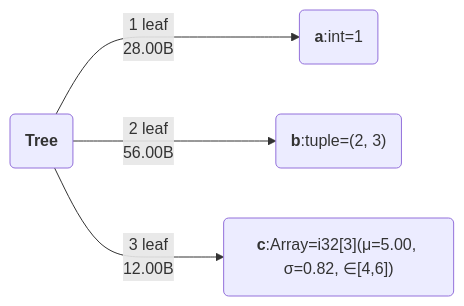
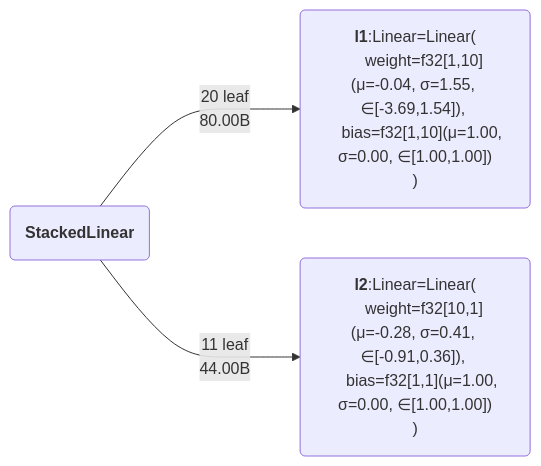
One commit to ASEM000/pytreeclass changed the second of 2 diagrams in README.md. Above: the diagram before and after it, drawn with Mermaid. The commit also changed other lines of this file, not shown here.

````diff
--- a/README.md
+++ b/README.md
@@ -222,8 +227,12 @@
 ```mermaid
 flowchart LR
-    id15696277213149321320(<b>Tree</b>)
-    id15696277213149321320--->|"1 leaf<br>28.00B"|id9701372693370630274("<b>a</b>:int=1")
-    id15696277213149321320--->|"2 leaf<br>56.00B"|id11059284263013240285("<b>b</b>:tuple=(2, 3)")
-    id15696277213149321320--->|"3 leaf<br>12.00B"|id13987536159700336510("<b>c</b>:Array=i32[3](μ=5.00, σ=0.82, ∈[4,6])")
-
+    id15696277213149321320(<b>StackedLinear</b>)
+    id15696277213149321320--->|"20 leaf<br>80.00B"|id10921451029673043053("<b>l1</b>:Linear=Linear(
+    weight=f32[1,10](μ=-0.04, σ=1.55, ∈[-3.69,1.54]), 
+    bias=f32[1,10](μ=1.00, σ=0.00, ∈[1.00,1.00])
+)")
+    id15696277213149321320--->|"11 leaf<br>44.00B"|id1737644014573985902("<b>l2</b>:Linear=Linear(
+    weight=f32[10,1](μ=-0.28, σ=0.41, ∈[-0.91,0.36]), 
+    bias=f32[1,1](μ=1.00, σ=0.00, ∈[1.00,1.00])
+)")
 ```
````
